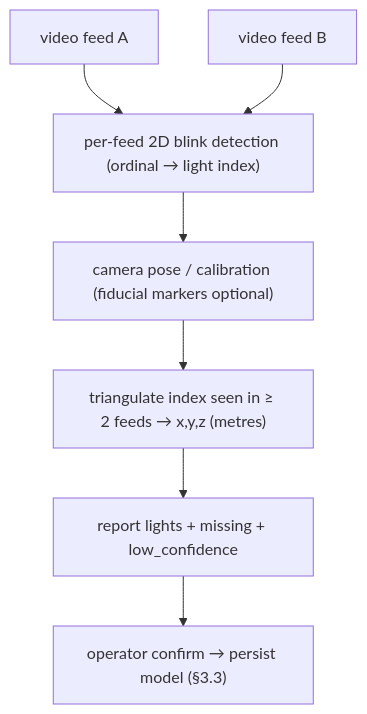
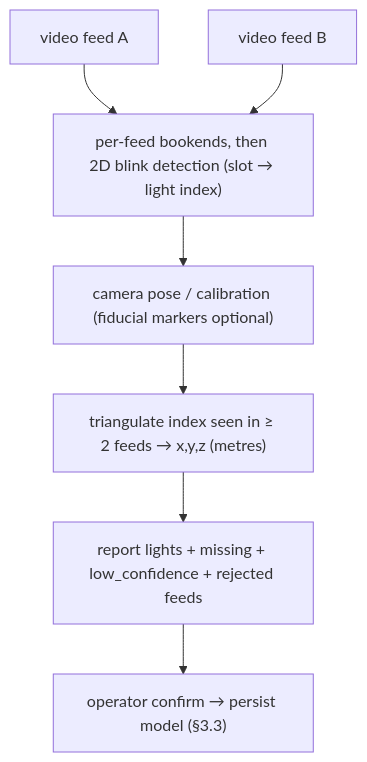
One commit to mudged/dlm changed the fourth of 4 diagrams in docs/design/backend-lights-and-automation.md. Above: the diagram before and after it, drawn with Mermaid. The commit also changed other lines of this file and 23 other files, not shown here.

````diff
--- a/docs/design/backend-lights-and-automation.md
+++ b/docs/design/backend-lights-and-automation.md
@@ -827,9 +871,9 @@
 ```mermaid
 flowchart TB
   V1["video feed A"] --> DET
   V2["video feed B"] --> DET
-  DET["per-feed 2D blink detection (ordinal → light index)"] --> POSE
+  DET["per-feed bookends, then 2D blink detection (slot → light index)"] --> POSE
   POSE["camera pose / calibration (fiducial markers optional)"] --> TRI
   TRI["triangulate index seen in ≥ 2 feeds → x,y,z (metres)"] --> REP
-  REP["report lights + missing + low_confidence"] --> CONF["operator confirm → persist model (§3.3)"]
+  REP["report lights + missing + low_confidence + rejected feeds"] --> CONF["operator confirm → persist model (§3.3)"]
 ```
````
